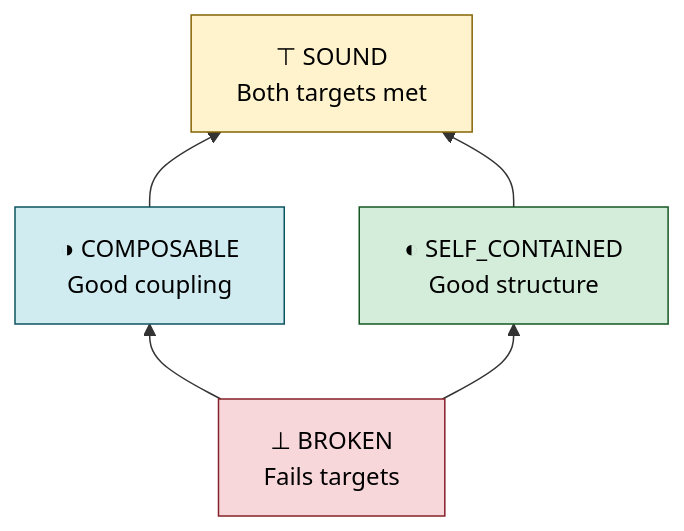
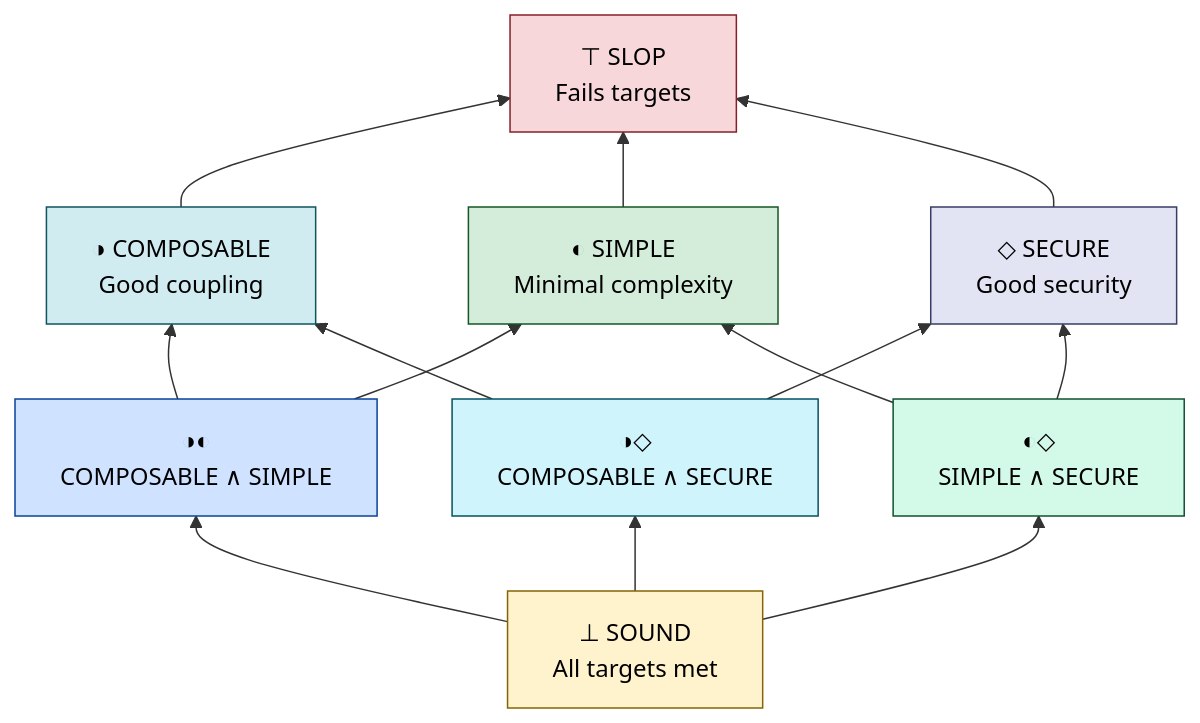
One commit to Krv-Labs/topos changed the diagram in README.md. Above: the diagram before and after it, drawn with Mermaid. The commit also changed other lines of this file and 2 other files, not shown here.

Commit message:
docs: update project documentation and dependencies
Update README, pyproject.toml, and .gitignore:
- Update README to reflect new module structure
- Update pyproject.toml with correct dependencies and entry points
- Update .gitignore for new build artifacts

Add maths.md documenting the mathematical foundations of topos.

````diff
--- a/README.md
+++ b/README.md
@@ -23,17 +24,38 @@
 ```mermaid
 graph BT
-    BROKEN["⊥ BROKEN<br/>Fails targets"]
+    SOUND["⊥ SOUND<br/>All targets met"]
+
+    CS["◑◐<br/>COMPOSABLE ∧ SIMPLE"]
+    CSEC["◑◇<br/>COMPOSABLE ∧ SECURE"]
+    SSEC["◐◇<br/>SIMPLE ∧ SECURE"]
+
     COMPOSABLE["◑ COMPOSABLE<br/>Good coupling"]
-    SELF_CONTAINED["◐ SELF_CONTAINED<br/>Good structure"]
-    SOUND["⊤ SOUND<br/>Both targets met"]
+    SIMPLE["◐ SIMPLE<br/>Minimal complexity"]
+    SECURE["◇ SECURE<br/>Good security"]
 
-    BROKEN --> COMPOSABLE
-    BROKEN --> SELF_CONTAINED
-    COMPOSABLE --> SOUND
-    SELF_CONTAINED --> SOUND
+    SLOP["⊤ SLOP<br/>Fails targets"]
 
-    style BROKEN         fill:#f8d7da,stroke:#842029,color:#000
+    SOUND --> CS
+    SOUND --> CSEC
+    SOUND --> SSEC
+
+    CS --> COMPOSABLE
+    CS --> SIMPLE
+    CSEC --> COMPOSABLE
+    CSEC --> SECURE
+    SSEC --> SIMPLE
+    SSEC --> SECURE
+
+    COMPOSABLE --> SLOP
+    SIMPLE --> SLOP
+    SECURE --> SLOP
+
+    style SLOP           fill:#f8d7da,stroke:#842029,color:#000
     style COMPOSABLE     fill:#d1ecf1,stroke:#0c5460,color:#000
-    style SELF_CONTAINED fill:#d4edda,stroke:#155724,color:#000
+    style SIMPLE         fill:#d4edda,stroke:#155724,color:#000
+    style SECURE         fill:#e2e3f3,stroke:#383d66,color:#000
+    style CS             fill:#cfe2ff,stroke:#084298,color:#000
+    style CSEC           fill:#cff4fc,stroke:#055160,color:#000
+    style SSEC           fill:#d3f9e8,stroke:#0f5132,color:#000
     style SOUND          fill:#fff3cd,stroke:#856404,color:#000
 ```
````
